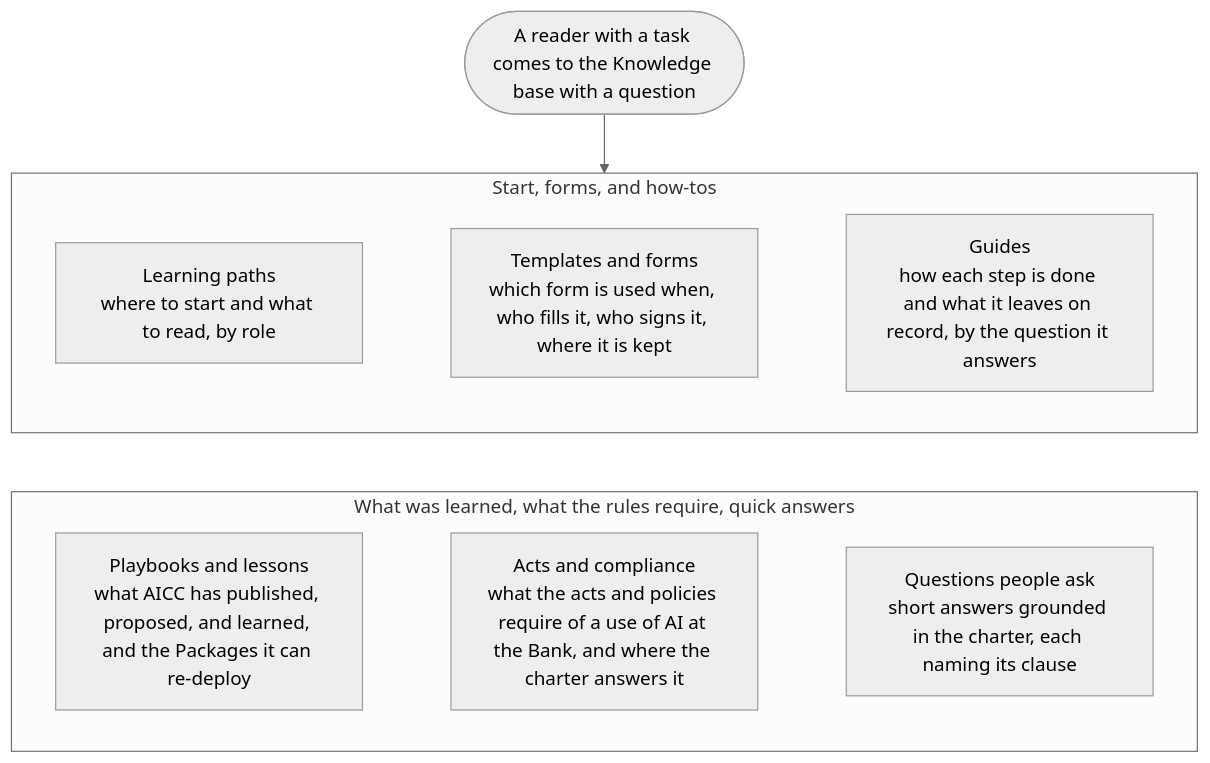
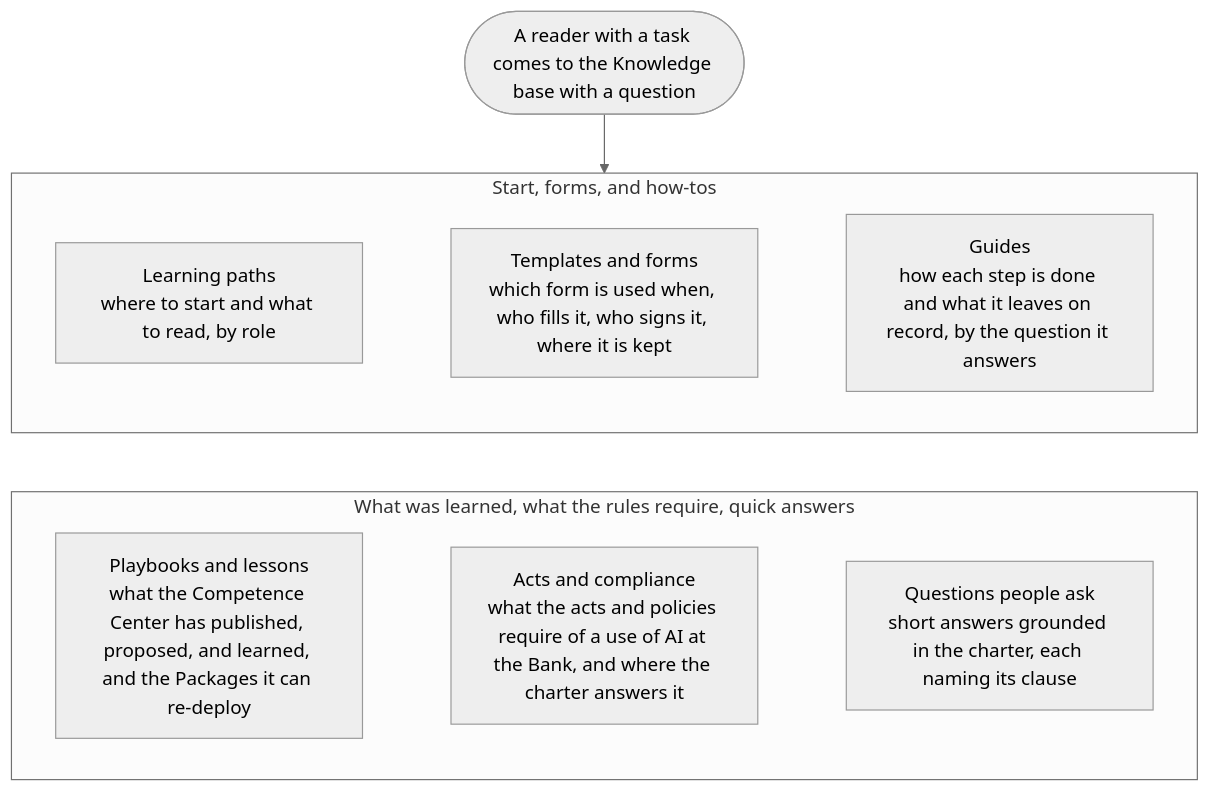
Before and after one commit to devhogu/ob-aicc: the diagram in portal/content/en/knowledge-base/overview.md, drawn with Mermaid (neutral theme). The commit also changed other lines of this file and 1149 other files, not shown here.

First line of the commit message:
The name Competence Center: AICC stays only as a code (DR-2026-066)

````diff
--- a/portal/content/en/knowledge-base/overview.md
+++ b/portal/content/en/knowledge-base/overview.md
@@ -7,14 +7,14 @@
 ```mermaid
 flowchart TB
   Q(["A reader with a task comes to the Knowledge base with a question"])
   subgraph ROW1["Start, forms, and how-tos"]
     direction LR
     L["Learning paths<br/>where to start and what to read, by role"] ~~~ T["Templates and forms<br/>which form is used when, who fills it, who signs it, where it is kept"] ~~~ G["Guides<br/>how each step is done and what it leaves on record, by the question it answers"]
   end
   subgraph ROW2["What was learned, what the rules require, quick answers"]
     direction LR
-    P["Playbooks and lessons<br/>what AICC has published, proposed, and learned, and the Packages it can re-deploy"] ~~~ A["Acts and compliance<br/>what the acts and policies require of a use of AI at the Bank, and where the charter answers it"] ~~~ F["Questions people ask<br/>short answers grounded in the charter, each naming its clause"]
+    P["Playbooks and lessons<br/>what the Competence Center has published, proposed, and learned, and the Packages it can re-deploy"] ~~~ A["Acts and compliance<br/>what the acts and policies require of a use of AI at the Bank, and where the charter answers it"] ~~~ F["Questions people ask<br/>short answers grounded in the charter, each naming its clause"]
   end
   Q --> ROW1
   ROW1 ~~~ ROW2
 ```
````
